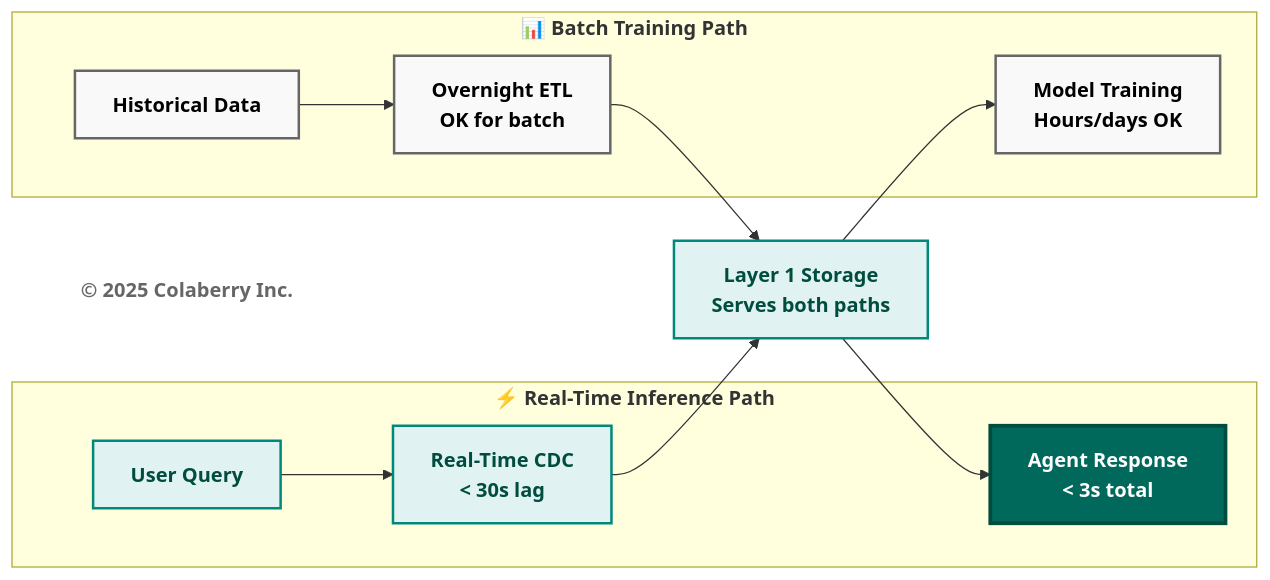
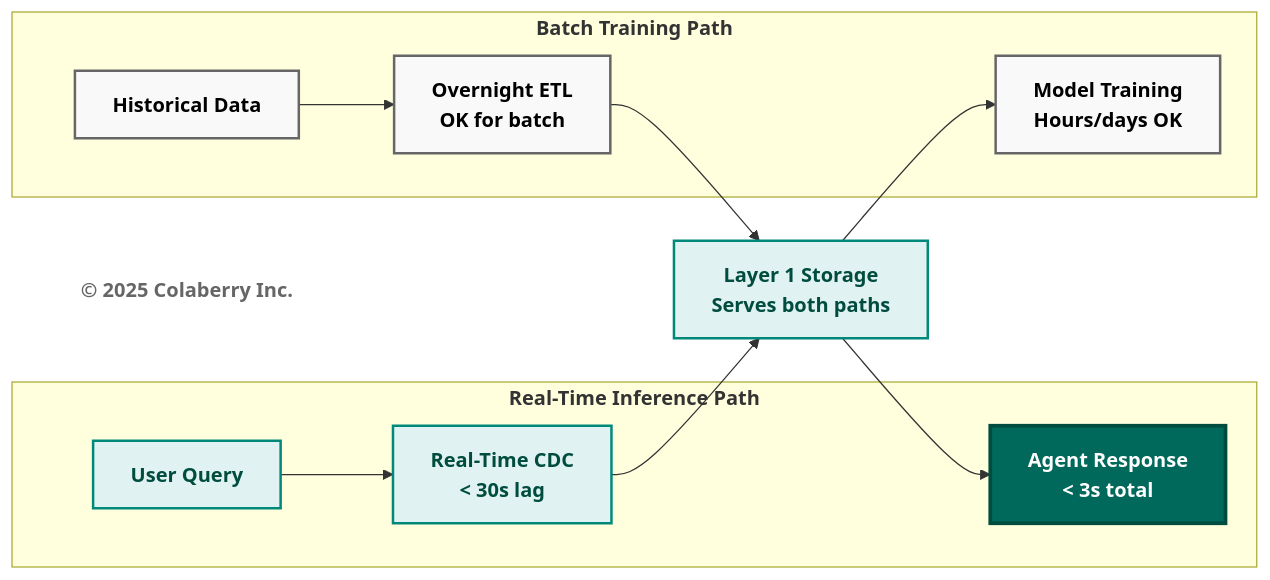
The eighth of 11 diagrams in manuscript/05_chapter_4_foundation_layers_v4_1.md (colaberry/trust-before-intelligence-book), drawn with Mermaid before and after one commit. The commit also changed other lines of this file, not shown here.

First line of the commit message:
Fixing diagram 9 readability

````diff
--- a/manuscript/05_chapter_4_foundation_layers_v4_1.md
+++ b/manuscript/05_chapter_4_foundation_layers_v4_1.md
@@ -894,30 +894,30 @@
 ```mermaid
 graph LR
-    subgraph "<b>⚡ Real-Time Inference Path</b>"
+    subgraph "<b>Real-Time Inference Path</b>"
         I1["<b>User Query</b>"]
         I2["<b>Real-Time CDC</b><br/><b>< 30s lag</b>"]
         I3["<b>Agent Response</b><br/><b>< 3s total</b>"]
     end
     
-    subgraph "<b>📊 Batch Training Path</b>"
+    subgraph "<b>Batch Training Path</b>"
         T1["<b>Historical Data</b>"]
         T2["<b>Overnight ETL</b><br/><b>OK for batch</b>"]
         T3["<b>Model Training</b><br/><b>Hours/days OK</b>"]
     end
     
     STORAGE["<b>Layer 1 Storage</b><br/><b>Serves both paths</b>"]
     
     Copyright["<b>© 2025 Colaberry Inc.</b>"]
     
     I1 --> I2 --> STORAGE --> I3
     T1 --> T2 --> STORAGE --> T3
     
     style I1 fill:#e0f2f1,stroke:#00897b,stroke-width:2px,color:#004d40
     style I2 fill:#e0f2f1,stroke:#00897b,stroke-width:2px,color:#004d40
     style I3 fill:#00695c,color:#ffffff,stroke:#004d40,stroke-width:3px
     style T1 fill:#f9f9f9,stroke:#666666,stroke-width:2px,color:#000000
     style T2 fill:#f9f9f9,stroke:#666666,stroke-width:2px,color:#000000
     style T3 fill:#f9f9f9,stroke:#666666,stroke-width:2px,color:#000000
     style STORAGE fill:#e0f2f1,stroke:#00897b,stroke-width:2px,color:#004d40
     style Copyright fill:#ffffff,stroke:none,color:#666666
 ```
````
